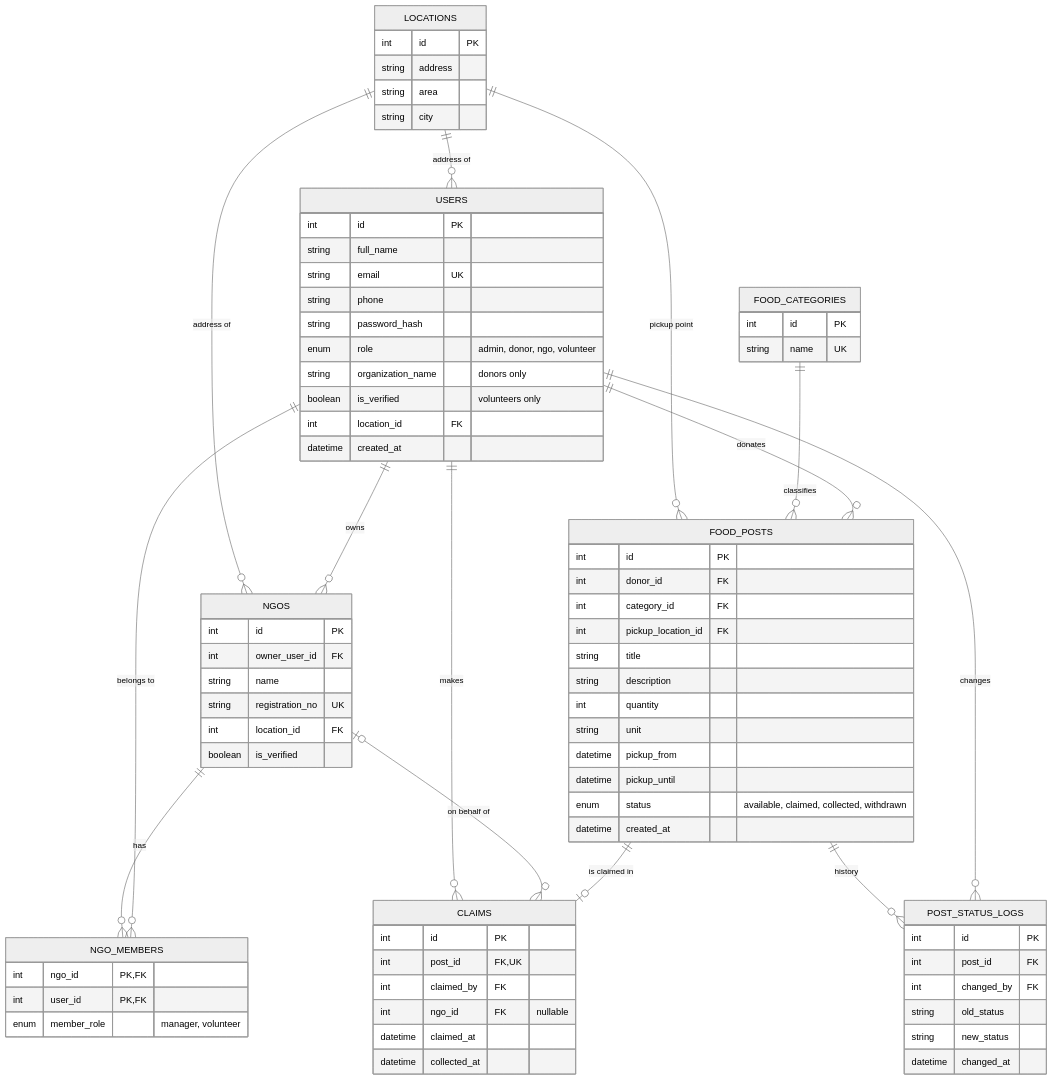
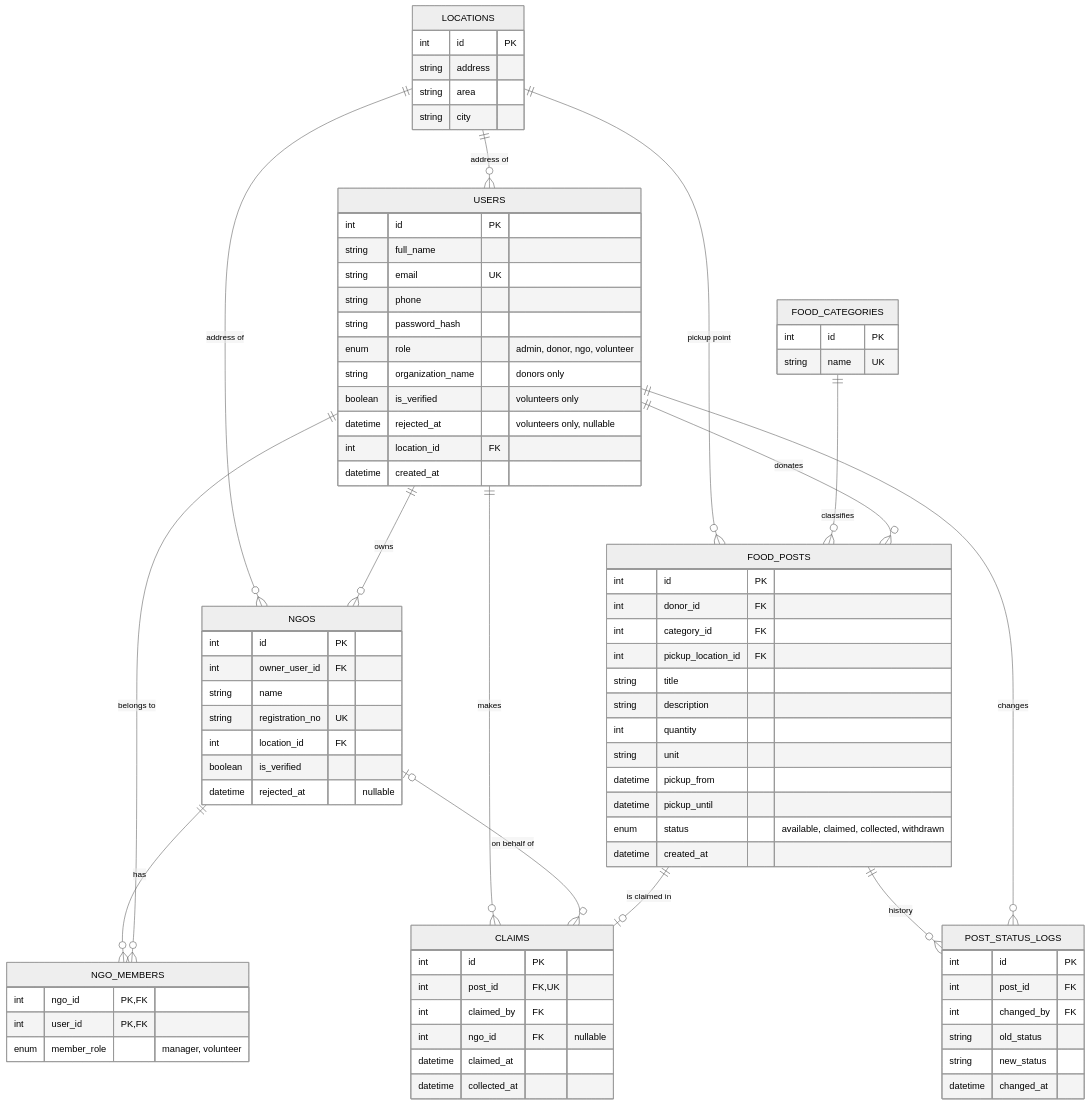
The diagram in docs/erd.mmd (hifzaitiz/foodshare), drawn with Mermaid (neutral theme) before and after one commit. The commit also changed 1 other file, not shown here.

Commit message:
Add rejected_at to users and ngos for admin rejections
Pending = not verified and rejected_at IS NULL; verified = is_verified = 1 (claim checks unchanged); rejected = rejected_at set, which also records when. Existing databases need: ALTER TABLE users ADD COLUMN rejected_at DATETIME NULL AFTER is_verified; ALTER TABLE ngos ADD COLUMN rejected_at DATETIME NULL AFTER is_verified;

```diff
--- a/docs/erd.mmd
+++ b/docs/erd.mmd
@@ -1,87 +1,89 @@
 erDiagram
     LOCATIONS {
         int id PK
         string address
         string area
         string city
     }
 
     USERS {
         int id PK
         string full_name
         string email UK
         string phone
         string password_hash
         enum role "admin, donor, ngo, volunteer"
         string organization_name "donors only"
         boolean is_verified "volunteers only"
+        datetime rejected_at "volunteers only, nullable"
         int location_id FK
         datetime created_at
     }
 
     NGOS {
         int id PK
         int owner_user_id FK
         string name
         string registration_no UK
         int location_id FK
         boolean is_verified
+        datetime rejected_at "nullable"
     }
 
     NGO_MEMBERS {
         int ngo_id PK, FK
         int user_id PK, FK
         enum member_role "manager, volunteer"
     }
 
     FOOD_CATEGORIES {
         int id PK
         string name UK
     }
 
     FOOD_POSTS {
         int id PK
         int donor_id FK
         int category_id FK
         int pickup_location_id FK
         string title
         string description
         int quantity
         string unit
         datetime pickup_from
         datetime pickup_until
         enum status "available, claimed, collected, withdrawn"
         datetime created_at
     }
 
     CLAIMS {
         int id PK
         int post_id FK, UK
         int claimed_by FK
         int ngo_id FK "nullable"
         datetime claimed_at
         datetime collected_at
     }
 
     POST_STATUS_LOGS {
         int id PK
         int post_id FK
         int changed_by FK
         string old_status
         string new_status
         datetime changed_at
     }
 
     LOCATIONS ||--o{ USERS : "address of"
     LOCATIONS ||--o{ NGOS : "address of"
     LOCATIONS ||--o{ FOOD_POSTS : "pickup point"
     USERS ||--o{ NGOS : "owns"
     NGOS ||--o{ NGO_MEMBERS : "has"
     USERS ||--o{ NGO_MEMBERS : "belongs to"
     FOOD_CATEGORIES ||--o{ FOOD_POSTS : "classifies"
     USERS ||--o{ FOOD_POSTS : "donates"
     USERS ||--o{ CLAIMS : "makes"
     NGOS |o--o{ CLAIMS : "on behalf of"
     FOOD_POSTS ||--o| CLAIMS : "is claimed in"
     FOOD_POSTS ||--o{ POST_STATUS_LOGS : "history"
     USERS ||--o{ POST_STATUS_LOGS : "changes"
```
